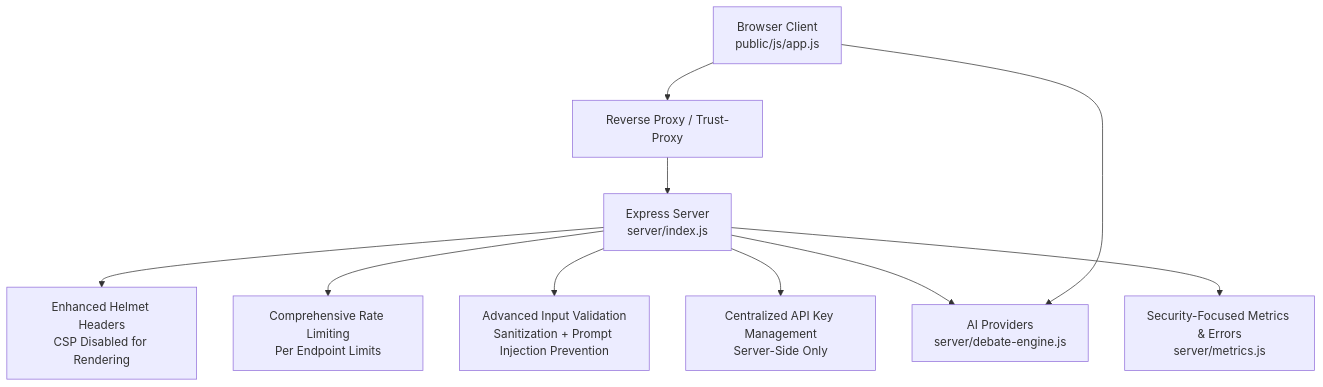
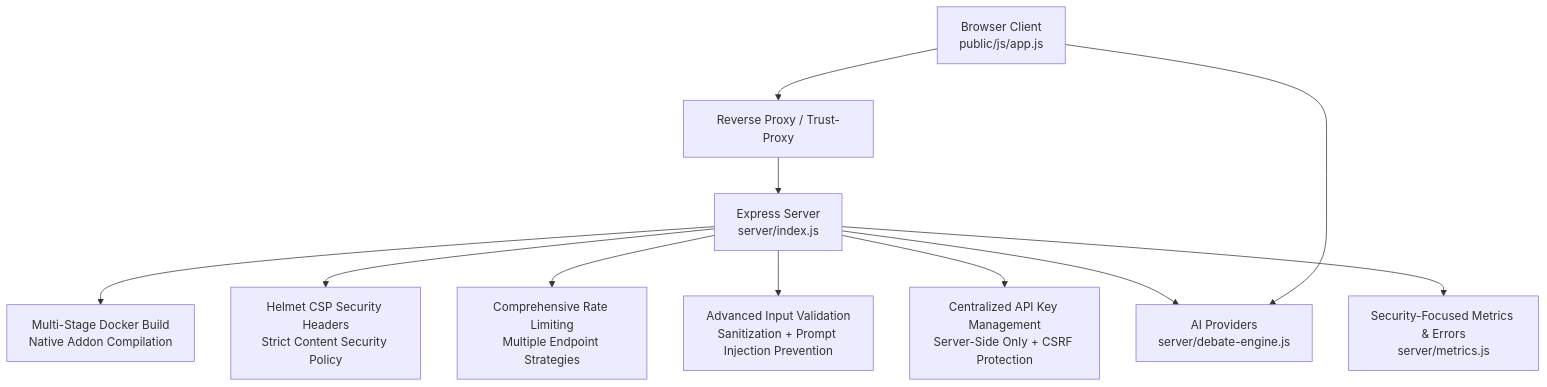
One commit to RunTimeAdmin/tri-ai changed the second of 8 diagrams in .qoder/repowiki/en/content/System Architecture/Security Architecture.md. Above: the diagram before and after it, drawn with Mermaid. The commit also changed other lines of this file and 40 other files, not shown here.

````diff
--- a/.qoder/repowiki/en/content/System Architecture/Security Architecture.md
+++ b/.qoder/repowiki/en/content/System Architecture/Security Architecture.md
@@ -118,12 +151,13 @@
 ```mermaid
 graph TB
 Client["Browser Client<br/>public/js/app.js"] --> Proxy["Reverse Proxy / Trust-Proxy"]
 Proxy --> Express["Express Server<br/>server/index.js"]
-Express --> Helmet["Enhanced Helmet Headers<br/>CSP Disabled for Rendering"]
-Express --> RL["Comprehensive Rate Limiting<br/>Per Endpoint Limits"]
+Express --> Docker["Multi-Stage Docker Build<br/>Native Addon Compilation"]
+Express --> Helmet["Helmet CSP Security Headers<br/>Strict Content Security Policy"]
+Express --> RL["Comprehensive Rate Limiting<br/>Multiple Endpoint Strategies"]
 Express --> Validation["Advanced Input Validation<br/>Sanitization + Prompt Injection Prevention"]
-Express --> Access["Centralized API Key Management<br/>Server-Side Only"]
+Express --> Access["Centralized API Key Management<br/>Server-Side Only + CSRF Protection"]
 Express --> Providers["AI Providers<br/>server/debate-engine.js"]
 Express --> Metrics["Security-Focused Metrics & Errors<br/>server/metrics.js"]
 Client --> Providers
 ```
````
